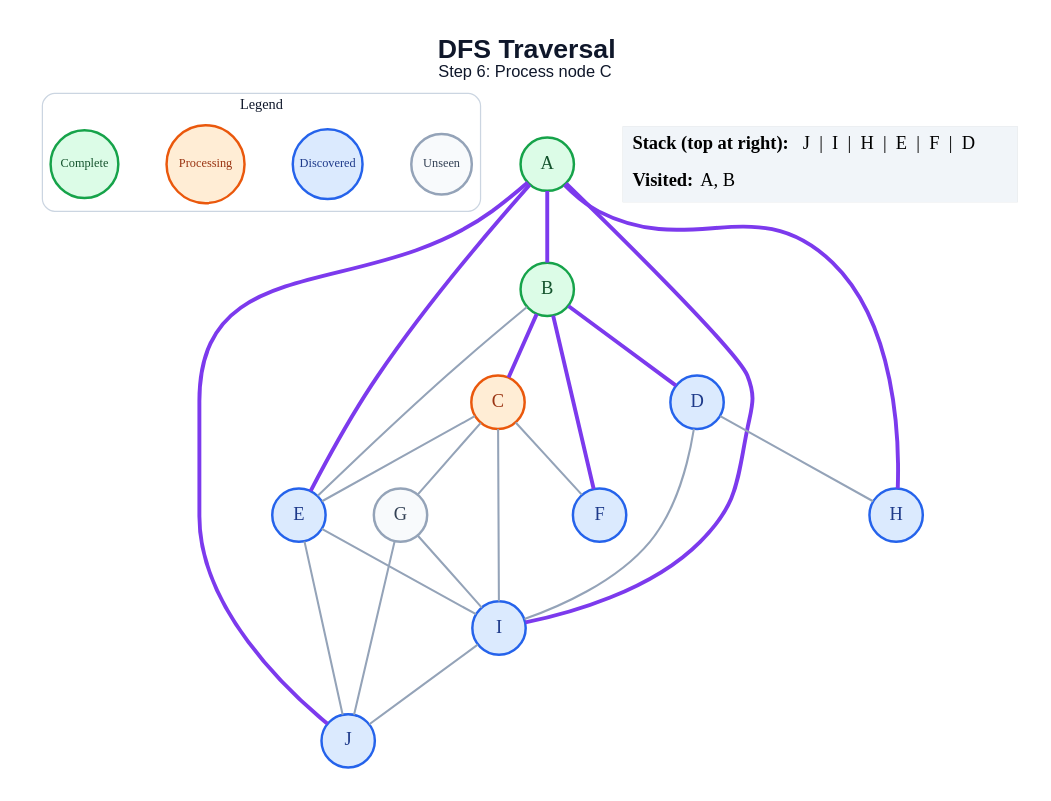
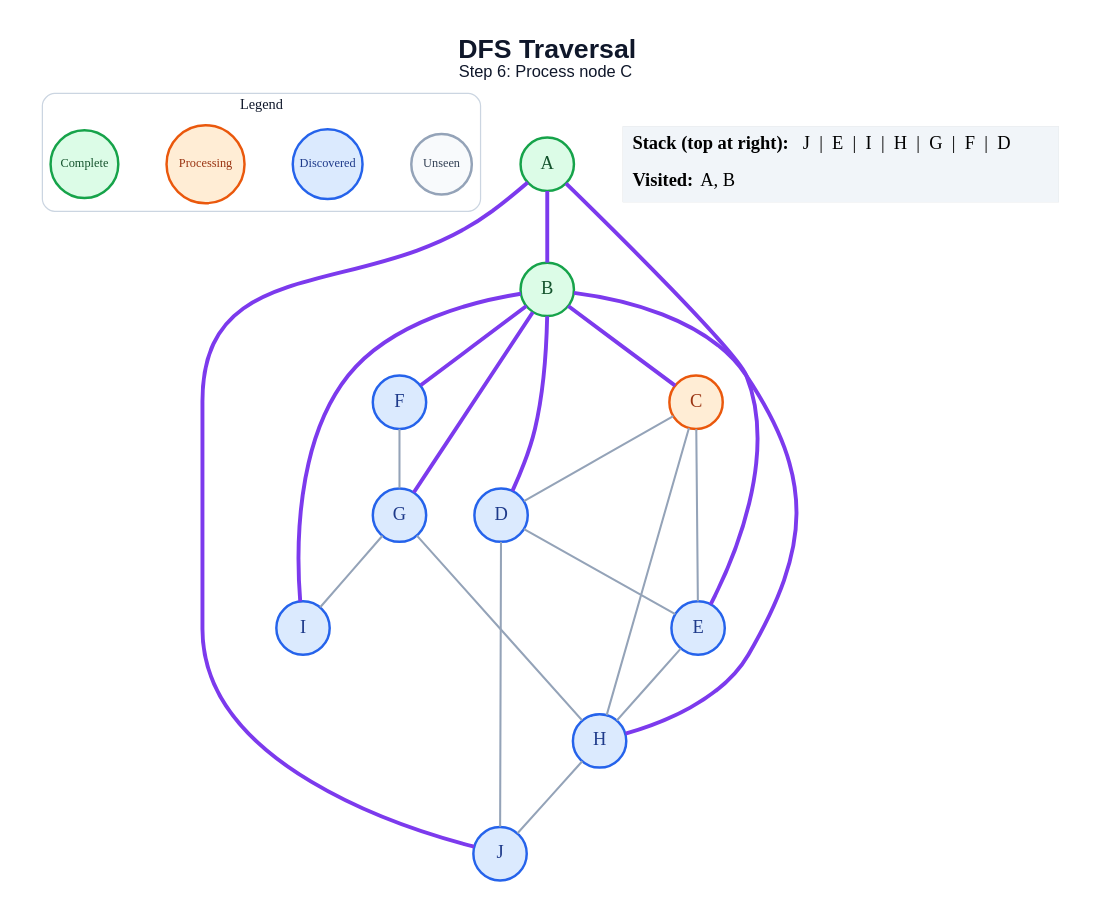
One commit to anon7238593-create/ai-slop changed the diagram in generated/dfs/step_06.dot. Above: the diagram before and after it, drawn with Graphviz. The commit also changed 178 other files, not shown here.

```diff
--- a/generated/dfs/step_06.dot
+++ b/generated/dfs/step_06.dot
@@ -1,49 +1,48 @@
 graph traversal {
   graph [layout=dot, rankdir=TB, bgcolor="#FFFFFF", pad="0.35", nodesep="0.65", ranksep="0.8", fontname="Arial"];
   node [shape=circle, style="filled", fontname="Arial Bold", fontsize=18, width=0.72, fixedsize=true, penwidth=2.4];
   edge [color="#94A3B8", penwidth=2.0];
   label=<<B>DFS Traversal</B><BR/><FONT POINT-SIZE="16">Step 6: Process node C</FONT>>; labelloc="t"; fontsize=26; fontname="Arial"; fontcolor="#0F172A";
   subgraph cluster_legend { label="Legend"; color="#CBD5E1"; penwidth=1.2; style="rounded"; fontsize=14; fontname="Arial Bold";
     key_unseen [label="Unseen", fillcolor="#F8FAFC", color="#94A3B8", fontcolor="#334155", fontsize=12, width=0.82];
     key_frontier [label="Discovered", fillcolor="#DBEAFE", color="#2563EB", fontcolor="#1E3A8A", fontsize=12, width=0.95];
     key_current [label="Processing", fillcolor="#FFEDD5", color="#EA580C", fontcolor="#9A3412", fontsize=12, width=1.05];
     key_done [label="Complete", fillcolor="#DCFCE7", color="#16A34A", fontcolor="#14532D", fontsize=12, width=0.92];
     { rank=same; key_unseen; key_frontier; key_current; key_done; }
   }
   A [fillcolor="#DCFCE7", color="#16A34A", fontcolor="#14532D"];
   B [fillcolor="#DCFCE7", color="#16A34A", fontcolor="#14532D"];
   C [fillcolor="#FFEDD5", color="#EA580C", fontcolor="#9A3412"];
   D [fillcolor="#DBEAFE", color="#2563EB", fontcolor="#1E3A8A"];
   E [fillcolor="#DBEAFE", color="#2563EB", fontcolor="#1E3A8A"];
   F [fillcolor="#DBEAFE", color="#2563EB", fontcolor="#1E3A8A"];
-  G [fillcolor="#F8FAFC", color="#94A3B8", fontcolor="#334155"];
+  G [fillcolor="#DBEAFE", color="#2563EB", fontcolor="#1E3A8A"];
   H [fillcolor="#DBEAFE", color="#2563EB", fontcolor="#1E3A8A"];
   I [fillcolor="#DBEAFE", color="#2563EB", fontcolor="#1E3A8A"];
   J [fillcolor="#DBEAFE", color="#2563EB", fontcolor="#1E3A8A"];
   A -- B [color="#7C3AED", penwidth=3.8];
   A -- E [color="#7C3AED", penwidth=3.8];
-  A -- H [color="#7C3AED", penwidth=3.8];
-  A -- I [color="#7C3AED", penwidth=3.8];
   A -- J [color="#7C3AED", penwidth=3.8];
   B -- C [color="#7C3AED", penwidth=3.8];
   B -- D [color="#7C3AED", penwidth=3.8];
-  B -- E;
   B -- F [color="#7C3AED", penwidth=3.8];
+  B -- G [color="#7C3AED", penwidth=3.8];
+  B -- H [color="#7C3AED", penwidth=3.8];
+  B -- I [color="#7C3AED", penwidth=3.8];
+  C -- D;
   C -- E;
-  C -- F;
-  C -- G;
-  C -- I;
-  D -- H;
-  D -- I;
-  E -- I;
-  E -- J;
+  C -- H;
+  D -- E;
+  D -- J;
+  E -- H;
+  F -- G;
+  G -- H;
   G -- I;
-  G -- J;
-  I -- J;
+  H -- J;
   status [shape=plain, fixedsize=false, width=0, height=0, margin=0, label=<
     <TABLE BORDER="0" CELLBORDER="0" CELLPADDING="7" BGCOLOR="#F1F5F9">
-      <TR><TD ALIGN="LEFT"><B>Stack (top at right):</B> J  |  I  |  H  |  E  |  F  |  D</TD></TR>
+      <TR><TD ALIGN="LEFT"><B>Stack (top at right):</B> J  |  E  |  I  |  H  |  G  |  F  |  D</TD></TR>
       <TR><TD ALIGN="LEFT"><B>Visited:</B> A, B</TD></TR>
     </TABLE>
   >];
 }
```
